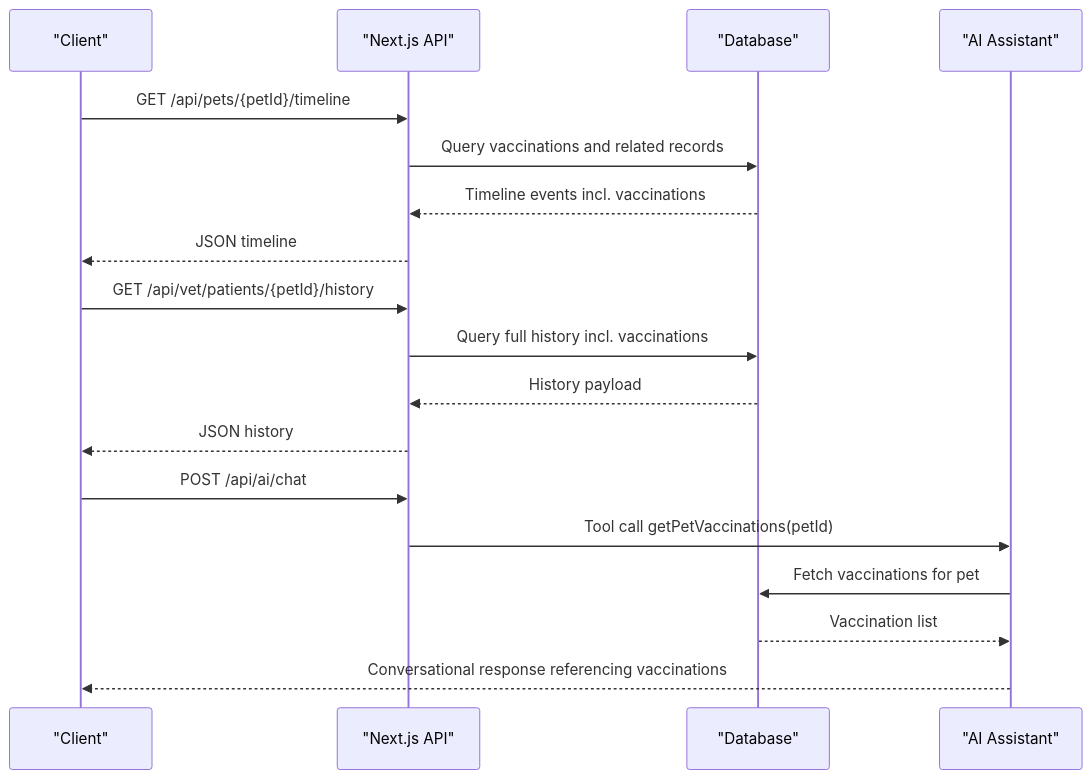
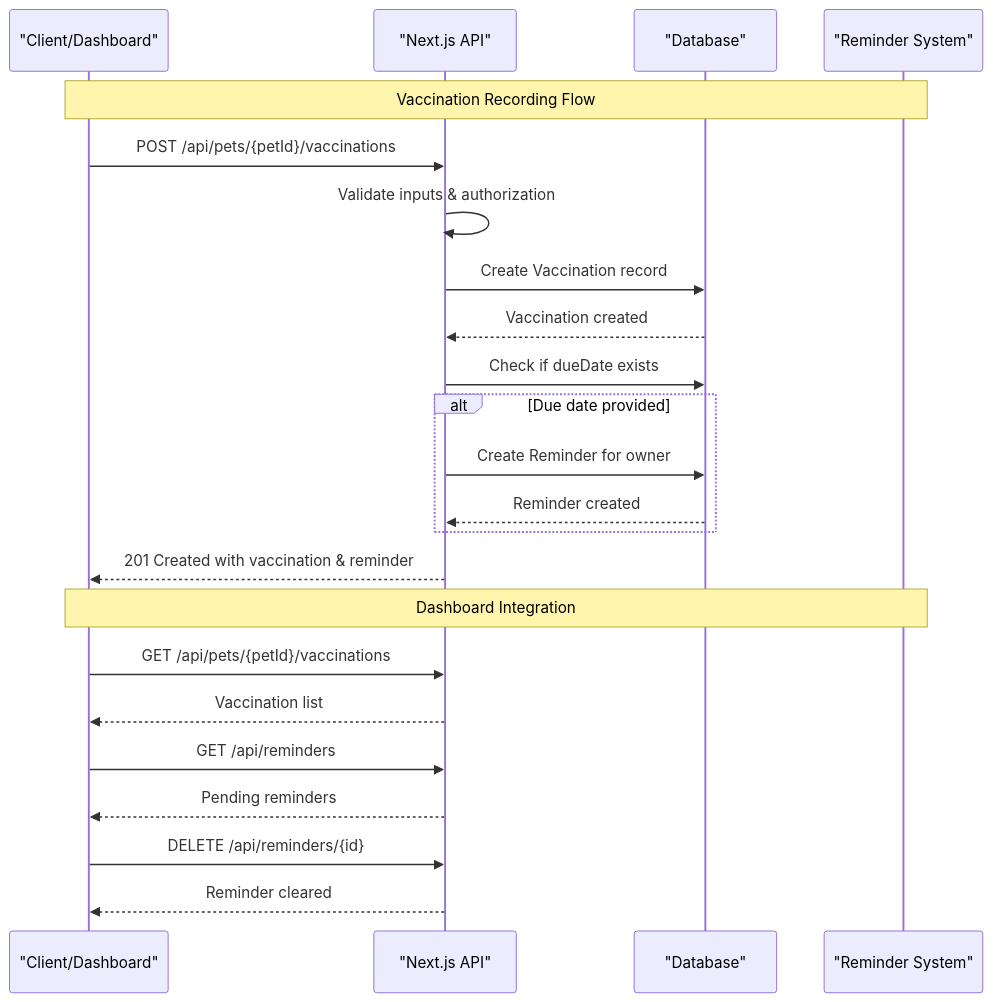
The second of 7 diagrams in .qoder/repowiki/en/content/Pet Health Management/Vaccination Tracking.md (Javeria-Javaid/ai-powered-pet-healthcare-ecosystem), drawn with Mermaid before and after one commit. The commit also changed other lines of this file and 45 other files, not shown here.

````diff
--- a/.qoder/repowiki/en/content/Pet Health Management/Vaccination Tracking.md
+++ b/.qoder/repowiki/en/content/Pet Health Management/Vaccination Tracking.md
@@ -101,20 +135,25 @@
 ```mermaid
 sequenceDiagram
-participant Client as "Client"
+participant Client as "Client/Dashboard"
 participant API as "Next.js API"
 participant DB as "Database"
-participant AI as "AI Assistant"
-Client->>API : GET /api/pets/{petId}/timeline
-API->>DB : Query vaccinations and related records
-DB-->>API : Timeline events incl. vaccinations
-API-->>Client : JSON timeline
-Client->>API : GET /api/vet/patients/{petId}/history
-API->>DB : Query full history incl. vaccinations
-DB-->>API : History payload
-API-->>Client : JSON history
-Client->>API : POST /api/ai/chat
-API->>AI : Tool call getPetVaccinations(petId)
-AI->>DB : Fetch vaccinations for pet
-DB-->>AI : Vaccination list
-AI-->>Client : Conversational response referencing vaccinations
+participant Remind as "Reminder System"
+Note over Client,Remind : Vaccination Recording Flow
+Client->>API : POST /api/pets/{petId}/vaccinations
+API->>API : Validate inputs & authorization
+API->>DB : Create Vaccination record
+DB-->>API : Vaccination created
+API->>DB : Check if dueDate exists
+alt Due date provided
+API->>DB : Create Reminder for owner
+DB-->>API : Reminder created
+end
+API-->>Client : 201 Created with vaccination & reminder
+Note over Client,Remind : Dashboard Integration
+Client->>API : GET /api/pets/{petId}/vaccinations
+API-->>Client : Vaccination list
+Client->>API : GET /api/reminders
+API-->>Client : Pending reminders
+Client->>API : DELETE /api/reminders/{id}
+API-->>Client : Reminder cleared
 ```
````
